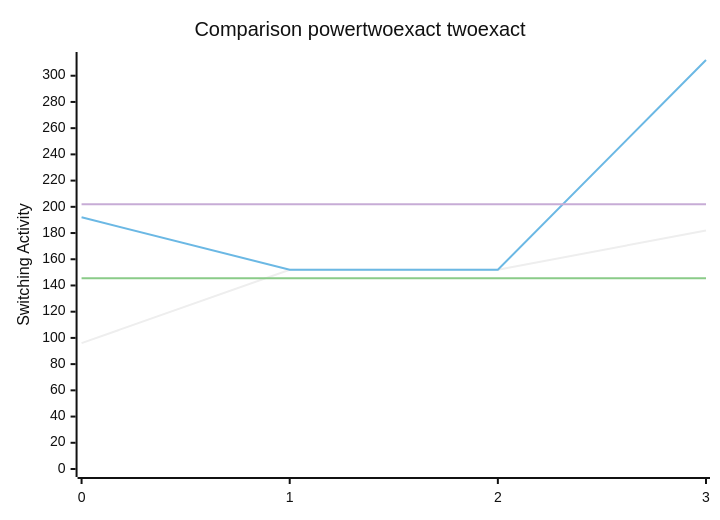
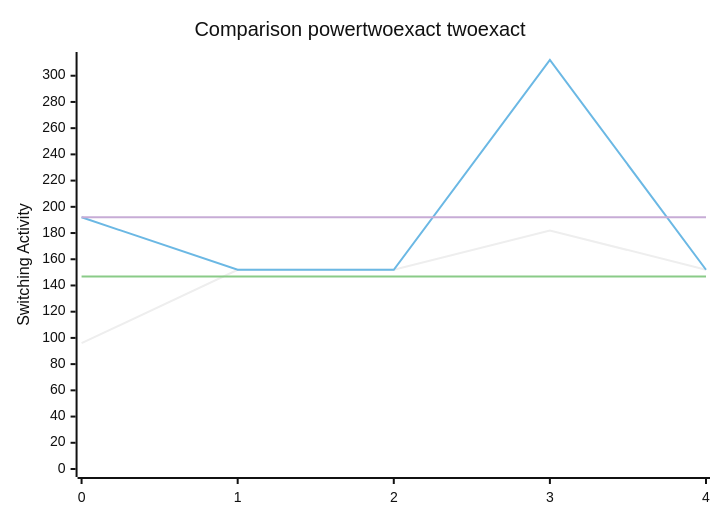
One commit to FeldmeierMichael/Exact-Power-Synthesis changed the diagram in benchmark.md. Above: the diagram before and after it, drawn with Mermaid (neutral theme). The commit also changed other lines of this file and 2 other files, not shown here.

````diff
--- a/benchmark.md
+++ b/benchmark.md
@@ -19,10 +21,10 @@
 ```mermaid
 xychart-beta
     title "Comparison powertwoexact twoexact"
-    x-axis [0, 1, 2, 3]
+    x-axis [0, 1, 2, 3, 4]
     y-axis "Switching Activity" 0-->312
-    line [96, 152, 152, 182]
-    line [192, 152, 152, 312]
-    line [145.5, 145.5, 145.5, 145.5]
-    line [202.0, 202.0, 202.0, 202.0]
+    line [96, 152, 152, 182, 152]
+    line [192, 152, 152, 312, 152]
+    line [146.8, 146.8, 146.8, 146.8, 146.8]
+    line [192.0, 192.0, 192.0, 192.0, 192.0]
 ```
````
